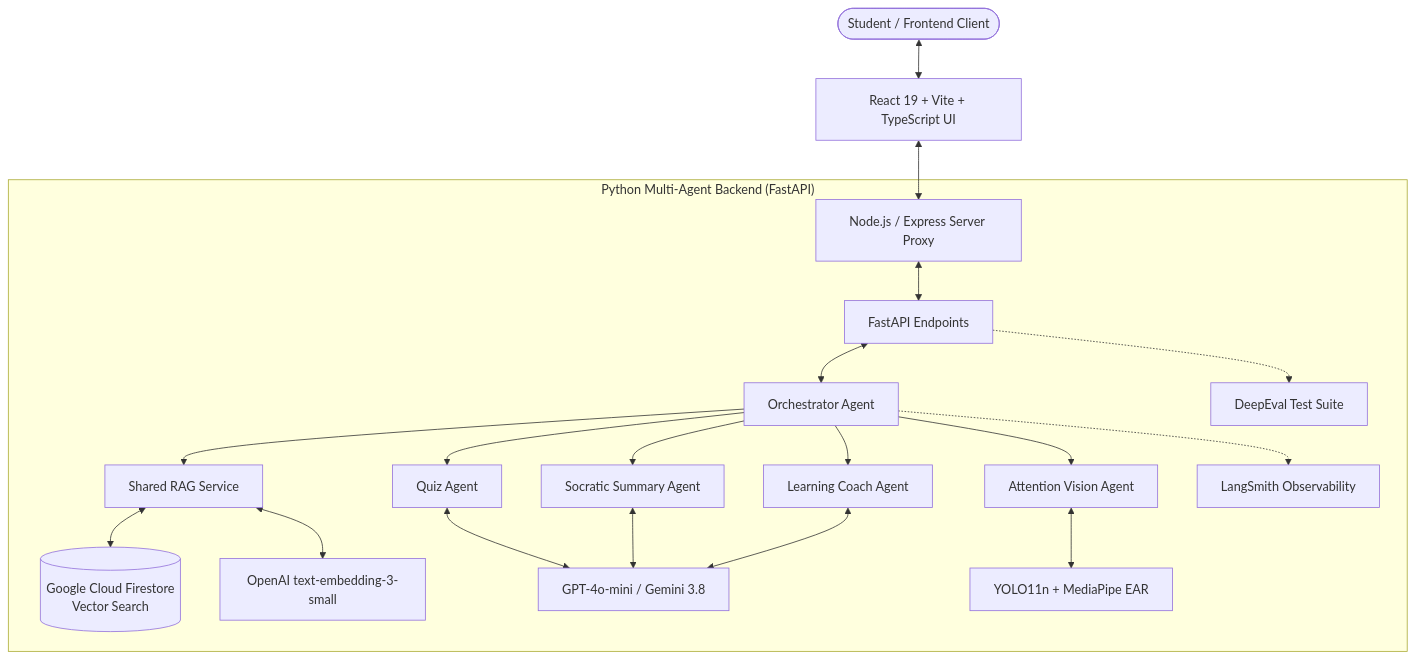
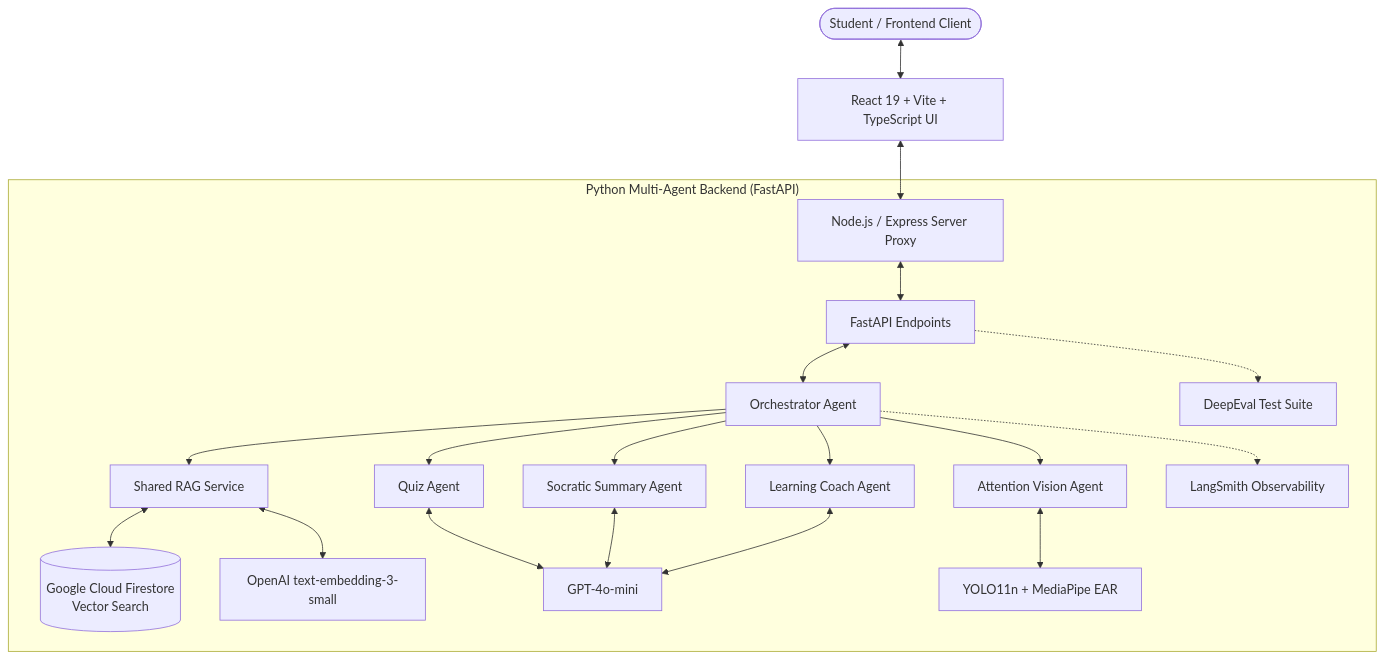
The diagram in README.md (Attocus/Attocus), drawn with Mermaid before and after one commit. The commit also changed other lines of this file and 27 other files, not shown here.

````diff
--- a/README.md
+++ b/README.md
@@ -50,28 +49,28 @@
 ```mermaid
 graph TD
     User([Student / Frontend Client]) <--> UI[React 19 + Vite + TypeScript UI]
     UI <--> Express[Node.js / Express Server Proxy]
     
     subgraph "Python Multi-Agent Backend (FastAPI)"
         Express <--> API[FastAPI Endpoints]
         API <--> Orch[Orchestrator Agent]
         
         Orch --> RAG[Shared RAG Service]
         Orch --> Quiz[Quiz Agent]
         Orch --> Soc[Socratic Summary Agent]
         Orch --> Coach[Learning Coach Agent]
         Orch --> Vision[Attention Vision Agent]
         
         RAG <--> FS[(Google Cloud Firestore\nVector Search)]
         RAG <--> Embed[OpenAI text-embedding-3-small]
         
-        Quiz <--> LLM[GPT-4o-mini / Gemini 3.8]
+        Quiz <--> LLM[GPT-4o-mini]
         Soc <--> LLM
         Coach <--> LLM
         
         Vision <--> YOLO[YOLO11n + MediaPipe EAR]
         
         Orch -.-> LS[LangSmith Observability]
         API -.-> DE[DeepEval Test Suite]
     end
 ```
````
